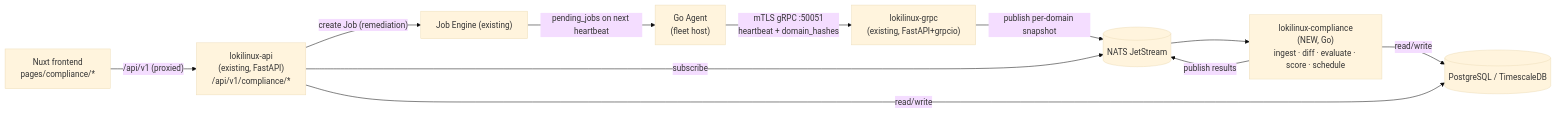
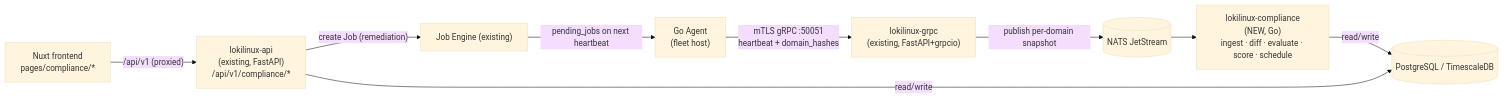
One commit to mishkamd/lokilinux changed the diagram in docs/compliance/00-OVERVIEW.md. Above: the diagram before and after it, drawn with Mermaid (base theme). The commit also changed 60 other files, not shown here.

````diff
--- a/docs/compliance/00-OVERVIEW.md
+++ b/docs/compliance/00-OVERVIEW.md
@@ -73,13 +73,11 @@
 ```mermaid
 flowchart LR
     Agent["Go Agent<br/>(fleet host)"] -- "mTLS gRPC :50051<br/>heartbeat + domain_hashes" --> GrpcSvc["lokilinux-grpc<br/>(existing, FastAPI+grpcio)"]
     GrpcSvc -- "publish per-domain snapshot" --> NATS[("NATS JetStream")]
     NATS --> Compliance["lokilinux-compliance<br/>(NEW, Go)<br/>ingest · diff · evaluate · score · schedule"]
     Compliance -- "read/write" --> PG[("PostgreSQL / TimescaleDB")]
     API["lokilinux-api<br/>(existing, FastAPI)<br/>/api/v1/compliance/*"] -- "read/write" --> PG
-    Compliance -- "publish results" --> NATS
-    API -- "subscribe" --> NATS
     UI["Nuxt frontend<br/>pages/compliance/*"] -- "/api/v1 (proxied)" --> API
     API -- "create Job (remediation)" --> JobEngine["Job Engine (existing)"]
     JobEngine -- "pending_jobs on next heartbeat" --> Agent
 ```
````
